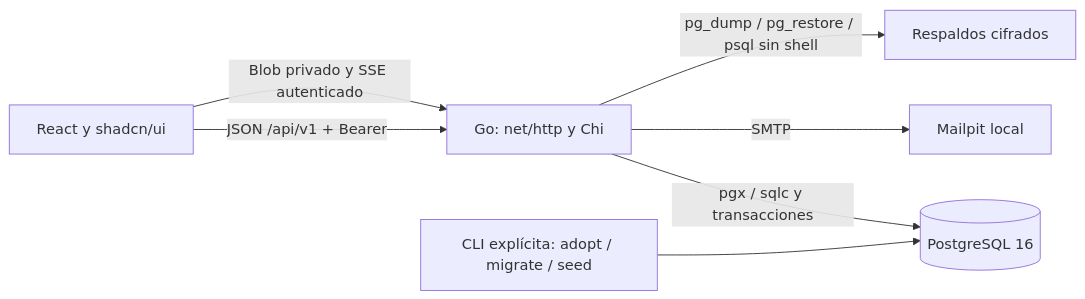
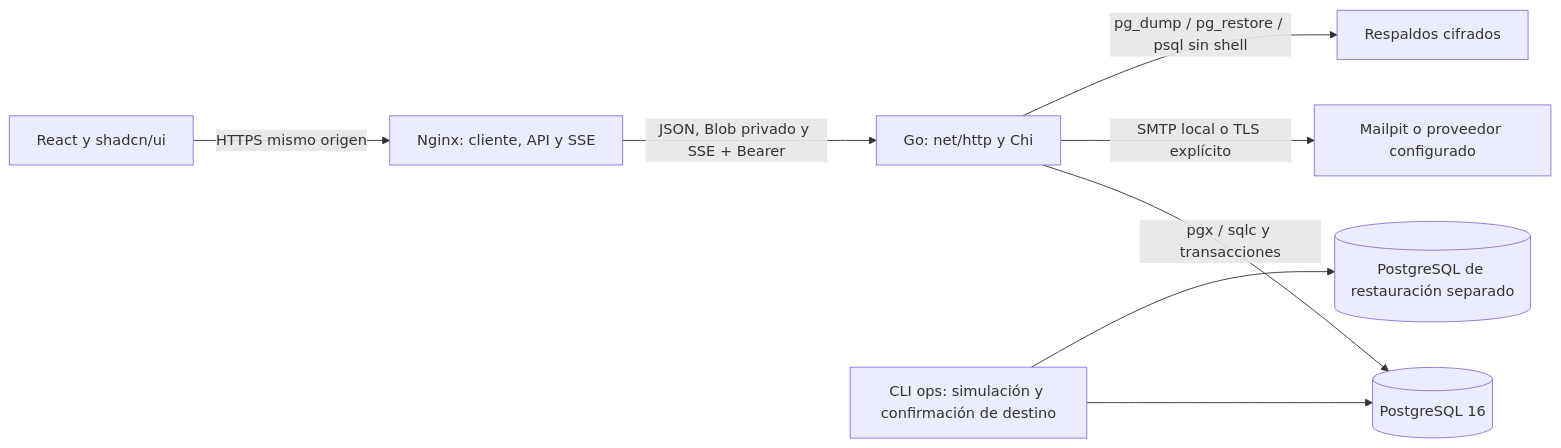
The diagram in docs/ARCHITECTURE.md (Suggus1899/Visitors), drawn with Mermaid before and after one commit. The commit also changed other lines of this file and 11 other files, not shown here.

````diff
--- a/docs/ARCHITECTURE.md
+++ b/docs/ARCHITECTURE.md
@@ -5,9 +5,10 @@
 ```mermaid
 flowchart LR
-  Browser[React y shadcn/ui] -->|JSON /api/v1 + Bearer| API[Go: net/http y Chi]
-  Browser -->|Blob privado y SSE autenticado| API
+  Browser[React y shadcn/ui] -->|HTTPS mismo origen| Proxy[Nginx: cliente, API y SSE]
+  Proxy -->|JSON, Blob privado y SSE + Bearer| API[Go: net/http y Chi]
   API -->|pgx / sqlc y transacciones| PG[(PostgreSQL 16)]
-  API -->|SMTP| Mail[Mailpit local]
+  API -->|SMTP local o TLS explícito| Mail[Mailpit o proveedor configurado]
   API -->|pg_dump / pg_restore / psql sin shell| Backup[Respaldos cifrados]
-  CLI[CLI explícita: adopt / migrate / seed] --> PG
+  CLI[CLI ops: simulación y confirmación de destino] --> PG
+  CLI --> Stage[(PostgreSQL de restauración separado)]
 ```
````
